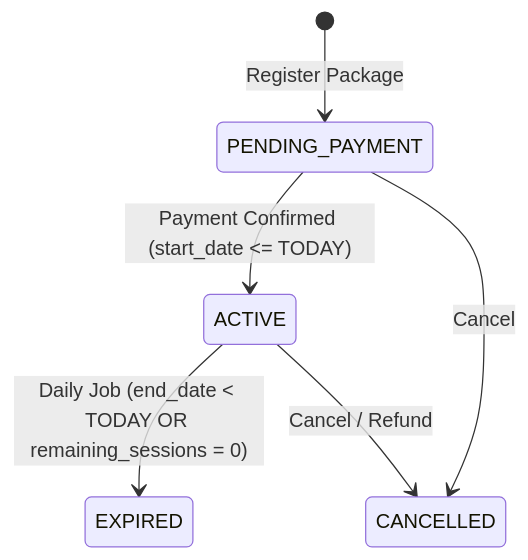
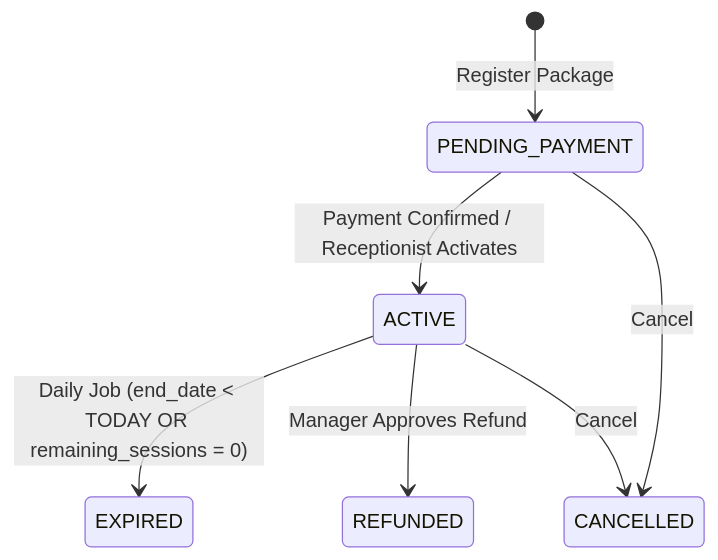
The first of 10 diagrams in docs/database/09-business-rules-and-state-machines.md (senko-do-thingz/G3-SportCentreManagement), drawn with Mermaid before and after one commit. The commit also changed other lines of this file and 5 other files, not shown here.

````diff
--- a/docs/database/09-business-rules-and-state-machines.md
+++ b/docs/database/09-business-rules-and-state-machines.md
@@ -9,8 +9,9 @@
 ```mermaid
 stateDiagram-v2
     [*] --> PENDING_PAYMENT : Register Package
-    PENDING_PAYMENT --> ACTIVE : Payment Confirmed (start_date <= TODAY)
+    PENDING_PAYMENT --> ACTIVE : Payment Confirmed / Receptionist Activates
     PENDING_PAYMENT --> CANCELLED : Cancel
     ACTIVE --> EXPIRED : Daily Job (end_date < TODAY OR remaining_sessions = 0)
-    ACTIVE --> CANCELLED : Cancel / Refund
+    ACTIVE --> REFUNDED : Manager Approves Refund
+    ACTIVE --> CANCELLED : Cancel
 ```
````
